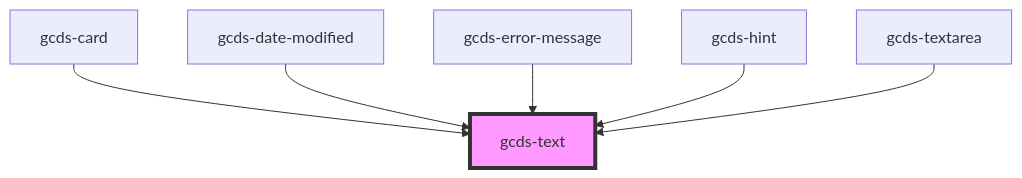
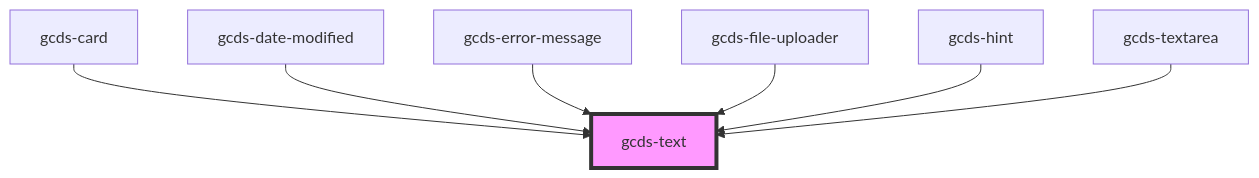
One commit to cds-snc/gcds-components changed the diagram in packages/web/src/components/gcds-text/readme.md. Above: the diagram before and after it, drawn with Mermaid. The commit also changed other lines of this file and 6 other files, not shown here.

Commit message:
refactor: integrate gcds-text into gcds-file-uploader

````diff
--- a/packages/web/src/components/gcds-text/readme.md
+++ b/packages/web/src/components/gcds-text/readme.md
@@ -31,9 +39,10 @@
 ```mermaid
 graph TD;
   gcds-card --> gcds-text
   gcds-date-modified --> gcds-text
   gcds-error-message --> gcds-text
+  gcds-file-uploader --> gcds-text
   gcds-hint --> gcds-text
   gcds-textarea --> gcds-text
   style gcds-text fill:#f9f,stroke:#333,stroke-width:4px
 ```
````
